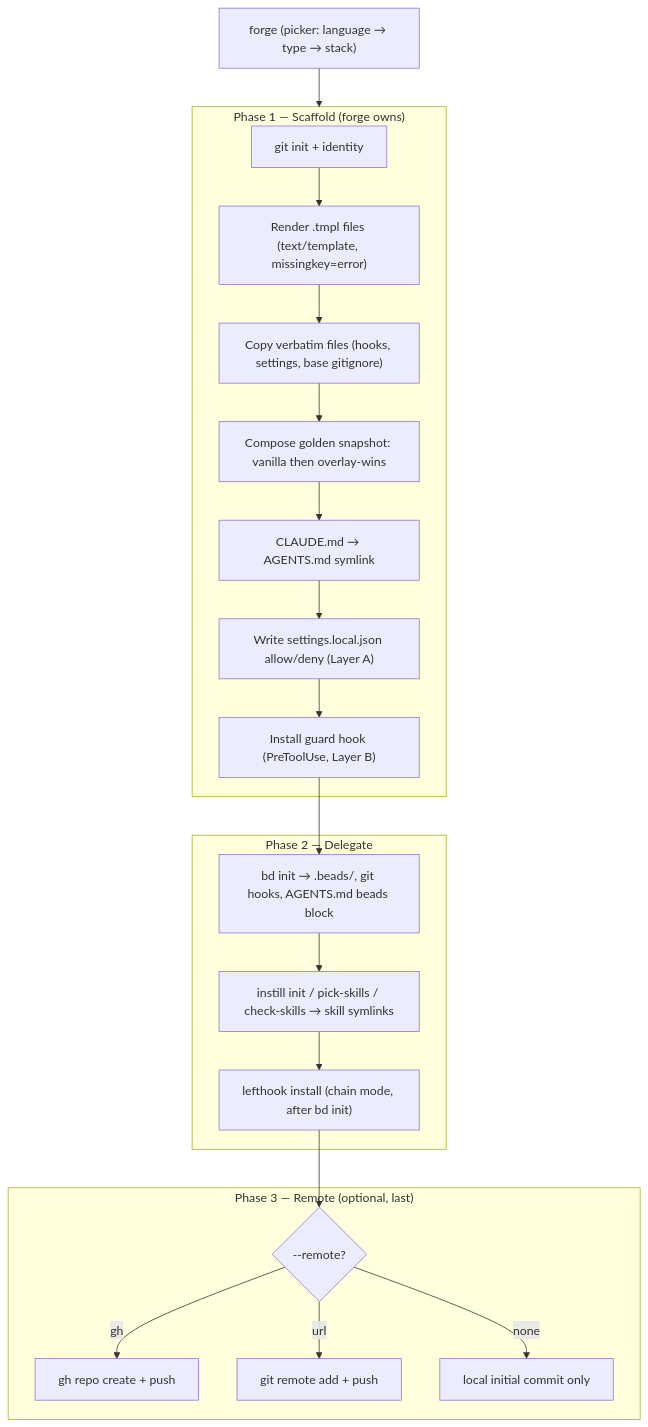
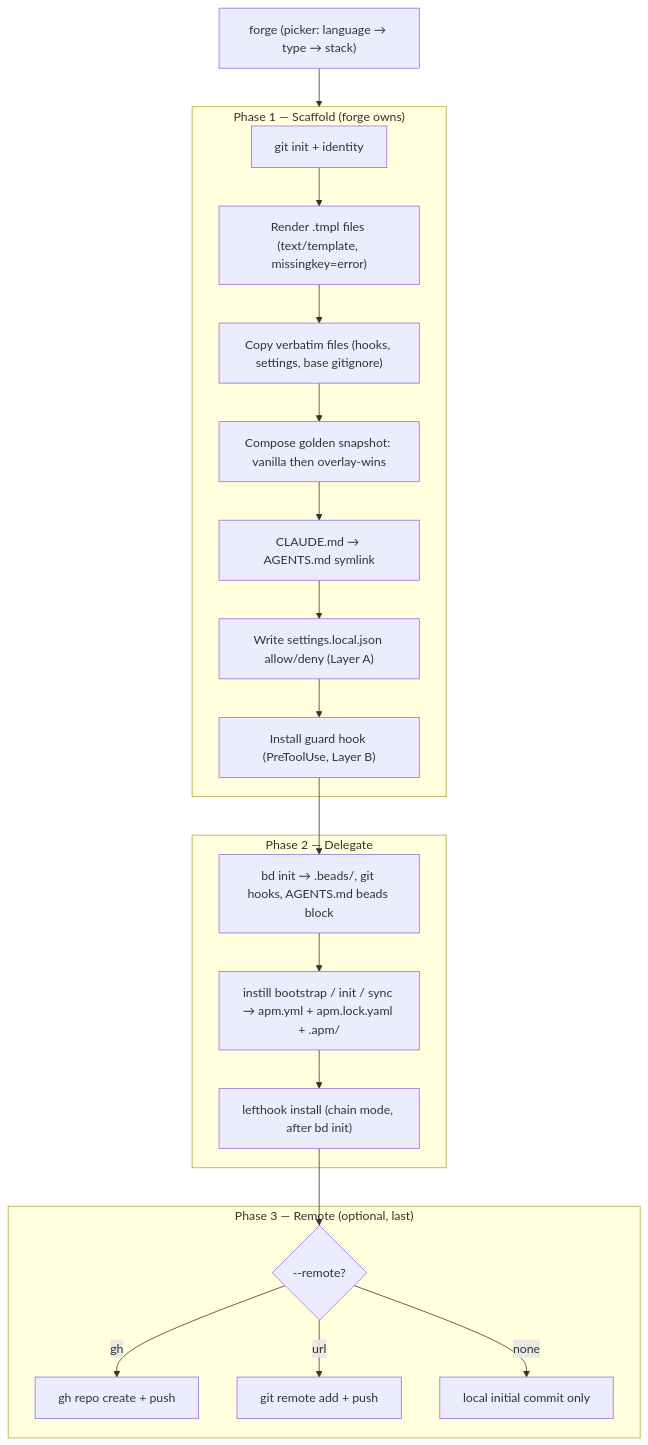
Before and after one commit to AvogadroSG1/agentic_template_start: the first of 2 diagrams in docs/SPEC.md, drawn with Mermaid. The commit also changed other lines of this file and 19 other files, not shown here.

Commit message:
feat: migrate to APM-backed instill and auto-allow installed skills (#39)

````diff
--- a/docs/SPEC.md
+++ b/docs/SPEC.md
@@ -76,23 +76,23 @@
 ```mermaid
 flowchart TD
     A["forge (picker: language → type → stack)"] --> P1
     subgraph P1["Phase 1 — Scaffold (forge owns)"]
         B["git init + identity"] --> C["Render .tmpl files (text/template, missingkey=error)"]
         C --> D["Copy verbatim files (hooks, settings, base gitignore)"]
         D --> E["Compose golden snapshot: vanilla then overlay-wins"]
         E --> F["CLAUDE.md → AGENTS.md symlink"]
         F --> G["Write settings.local.json allow/deny (Layer A)"]
         G --> H["Install guard hook (PreToolUse, Layer B)"]
     end
     subgraph P2["Phase 2 — Delegate"]
         H --> I["bd init → .beads/, git hooks, AGENTS.md beads block"]
-        I --> J["instill init / pick-skills / check-skills → skill symlinks"]
+        I --> J["instill bootstrap / init / sync → apm.yml + apm.lock.yaml + .apm/"]
         J --> K["lefthook install (chain mode, after bd init)"]
     end
     subgraph P3["Phase 3 — Remote (optional, last)"]
         K --> L{"--remote?"}
         L -->|gh| M["gh repo create + push"]
         L -->|url| N["git remote add + push"]
         L -->|none| O["local initial commit only"]
     end
 ```
````
